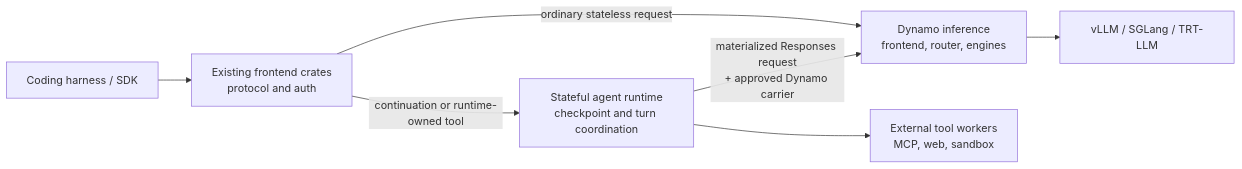
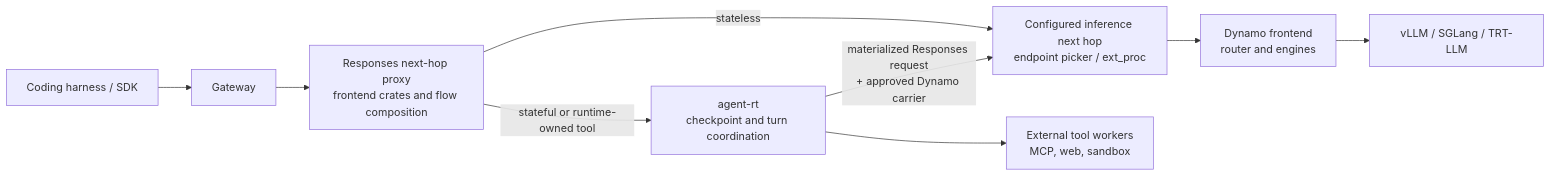
One commit to ai-dynamo/dynamo changed the first of 3 diagrams in docs/design/stateful-agent-runtime.md. Above: the diagram before and after it, drawn with Mermaid. The commit also changed other lines of this file, not shown here.

Commit message:
docs: compose state runtime through next hop proxy

````diff
--- a/docs/design/stateful-agent-runtime.md
+++ b/docs/design/stateful-agent-runtime.md
@@ -64,9 +64,11 @@
 ```mermaid
 flowchart LR
-  C["Coding harness / SDK"] --> F["Existing frontend crates\nprotocol and auth"]
-  F -->|"ordinary stateless request"| D["Dynamo inference\nfrontend, router, engines"]
-  F -->|"continuation or runtime-owned tool"| R["Stateful agent runtime\ncheckpoint and turn coordination"]
-  R -->|"materialized Responses request\n+ approved Dynamo carrier"| D
+  C["Coding harness / SDK"] --> G["Gateway"]
+  G --> P["Responses next-hop proxy\nfrontend crates and flow composition"]
+  P -->|"stateless"| I["Configured inference next hop\nendpoint picker / ext_proc"]
+  P -->|"stateful or runtime-owned tool"| R["agent-rt\ncheckpoint and turn coordination"]
+  R -->|"materialized Responses request\n+ approved Dynamo carrier"| I
   R --> W["External tool workers\nMCP, web, sandbox"]
+  I --> D["Dynamo frontend\nrouter and engines"]
   D --> E["vLLM / SGLang / TRT-LLM"]
 ```
````
